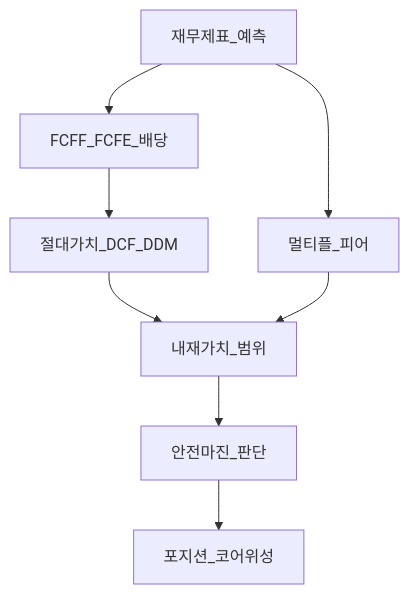
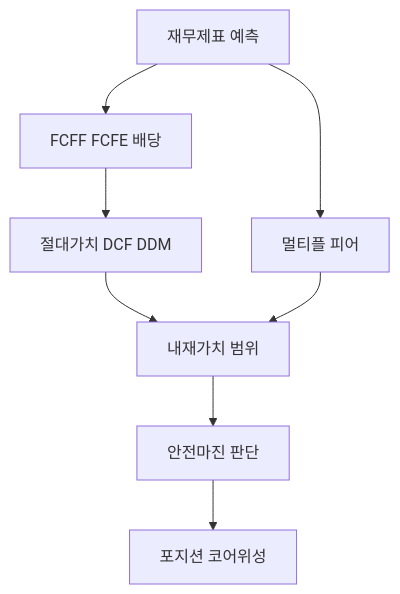
The first of 2 diagrams in 03-markets/equity-valuation-fundamentals.md (goldanghenry/Finances), drawn with Mermaid before and after one commit. The commit also changed other lines of this file and 211 other files, not shown here.

````diff
--- a/03-markets/equity-valuation-fundamentals.md
+++ b/03-markets/equity-valuation-fundamentals.md
@@ -126,10 +138,10 @@
 ```mermaid
 flowchart TD
-  FS[재무제표_예측] --> CF[FCFF_FCFE_배당]
-  CF --> Abs[절대가치_DCF_DDM]
-  FS --> Rel[멀티플_피어]
-  Abs --> IV[내재가치_범위]
+  FS["재무제표 예측"] --> CF["FCFF FCFE 배당"]
+  CF --> Abs["절대가치 DCF DDM"]
+  FS --> Rel["멀티플 피어"]
+  Abs --> IV["내재가치 범위"]
   Rel --> IV
-  IV --> MoS[안전마진_판단]
-  MoS --> Pos[포지션_코어위성]
+  IV --> MoS["안전마진 판단"]
+  MoS --> Pos["포지션 코어위성"]
 ```
````
